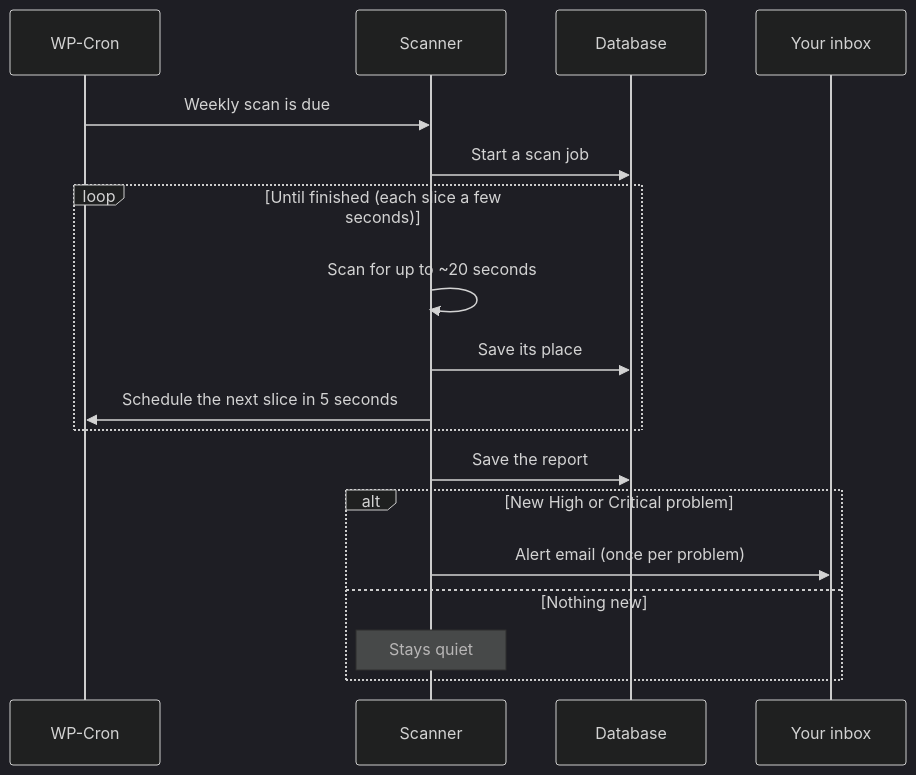
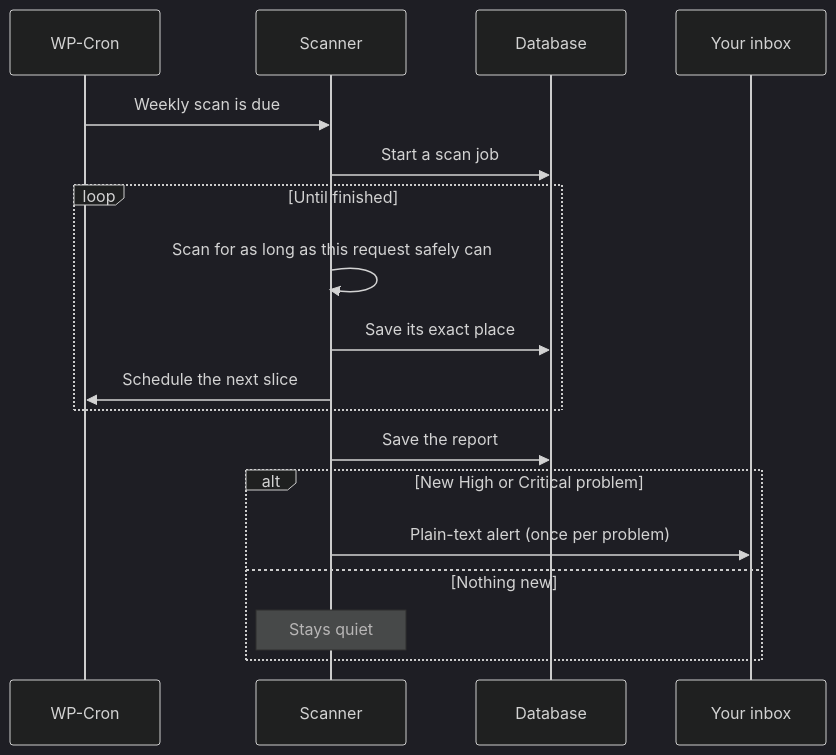
One commit to CptNope/JAT-Shell-Scanner changed the seventh of 14 diagrams in README.md. Above: the diagram before and after it, drawn with Mermaid (dark theme). The commit also changed other lines of this file and 20 other files, not shown here.

````diff
--- a/README.md
+++ b/README.md
@@ -237,20 +334,20 @@
 ```mermaid
 sequenceDiagram
     participant C as WP-Cron
     participant S as Scanner
     participant DB as Database
     participant M as Your inbox
     C->>S: Weekly scan is due
     S->>DB: Start a scan job
-    loop Until finished (each slice a few seconds)
-        S->>S: Scan for up to ~20 seconds
-        S->>DB: Save its place
-        S->>C: Schedule the next slice in 5 seconds
+    loop Until finished
+        S->>S: Scan for as long as this request safely can
+        S->>DB: Save its exact place
+        S->>C: Schedule the next slice
     end
     S->>DB: Save the report
     alt New High or Critical problem
-        S->>M: Alert email (once per problem)
+        S->>M: Plain-text alert (once per problem)
     else Nothing new
         Note over S: Stays quiet
     end
 ```
````
